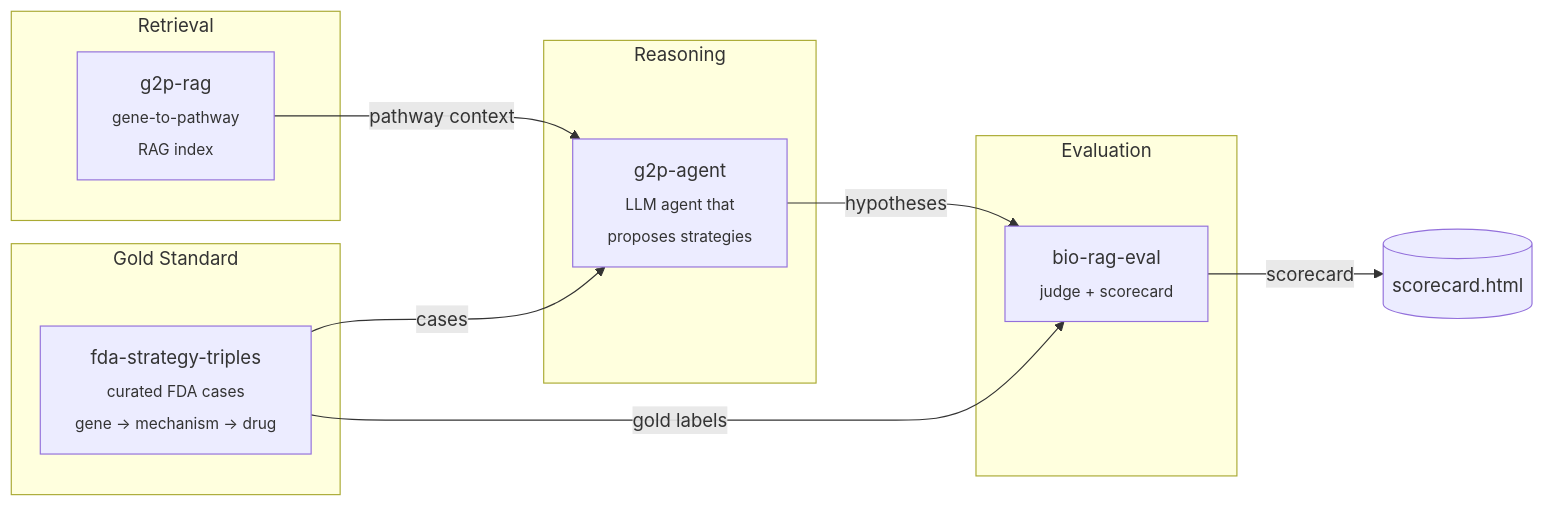
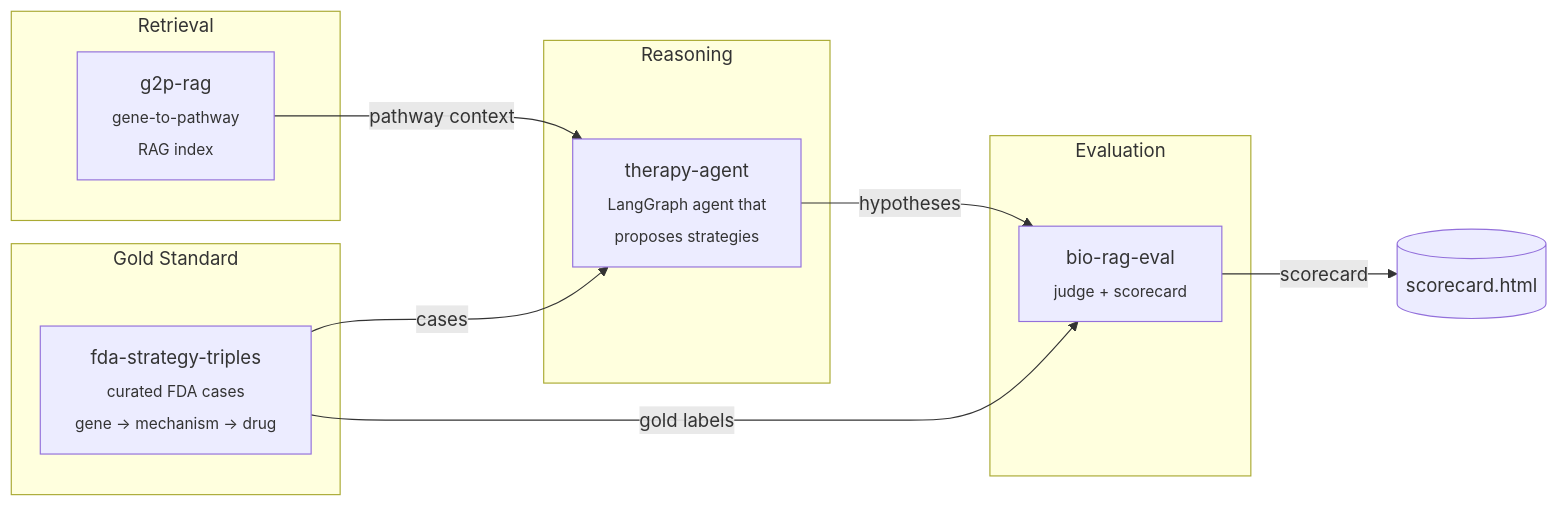
The diagram in README.md (xX-its-amit-Xx/therapy-stack), drawn with Mermaid before and after one commit. The commit also changed other lines of this file and 14 other files, not shown here.

````diff
--- a/README.md
+++ b/README.md
@@ -13,24 +15,24 @@
 ```mermaid
 flowchart LR
     subgraph data[Gold Standard]
         FDA[fda-strategy-triples<br/><sub>curated FDA cases<br/>gene → mechanism → drug</sub>]
     end
 
     subgraph retrieval[Retrieval]
         G2P[g2p-rag<br/><sub>gene-to-pathway<br/>RAG index</sub>]
     end
 
     subgraph agent[Reasoning]
-        TA[g2p-agent<br/><sub>LLM agent that<br/>proposes strategies</sub>]
+        TA[therapy-agent<br/><sub>LangGraph agent that<br/>proposes strategies</sub>]
     end
 
     subgraph eval[Evaluation]
         BRE[bio-rag-eval<br/><sub>judge + scorecard</sub>]
     end
 
     FDA -- cases --> TA
     G2P -- pathway context --> TA
     TA -- hypotheses --> BRE
     FDA -- gold labels --> BRE
     BRE -- scorecard --> Output[(scorecard.html)]
 ```
````
